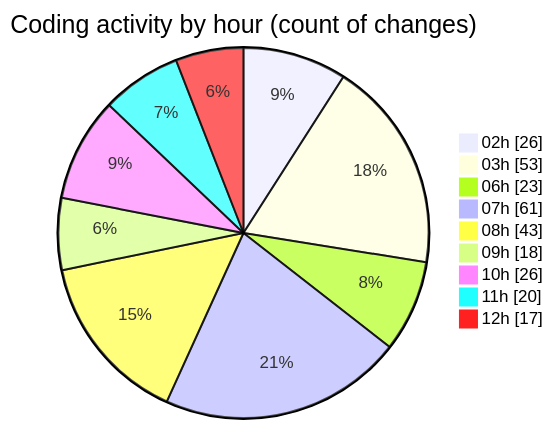
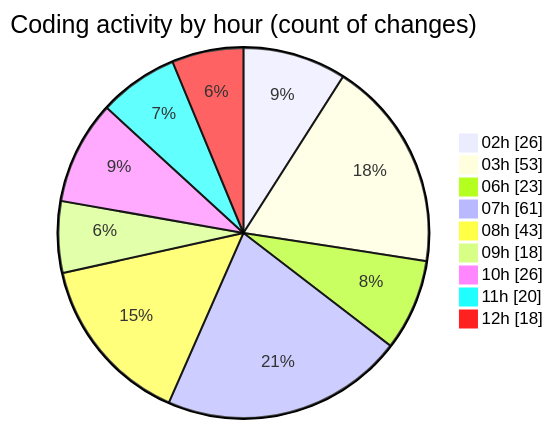
The second of 2 diagrams in 2025-02-22/micros/README.md (charlie-sans/code-tracking), drawn with Mermaid before and after one commit. The commit also changed other lines of this file and 1 other file, not shown here.

````diff
--- a/2025-02-22/micros/README.md
+++ b/2025-02-22/micros/README.md
@@ -79,13 +80,13 @@
 ```mermaid
 pie showData
 title Coding activity by hour (count of changes)
 "02h" : 26
 "03h" : 53
 "06h" : 23
 "07h" : 61
 "08h" : 43
 "09h" : 18
 "10h" : 26
 "11h" : 20
-"12h" : 17
+"12h" : 18
 ```
````
